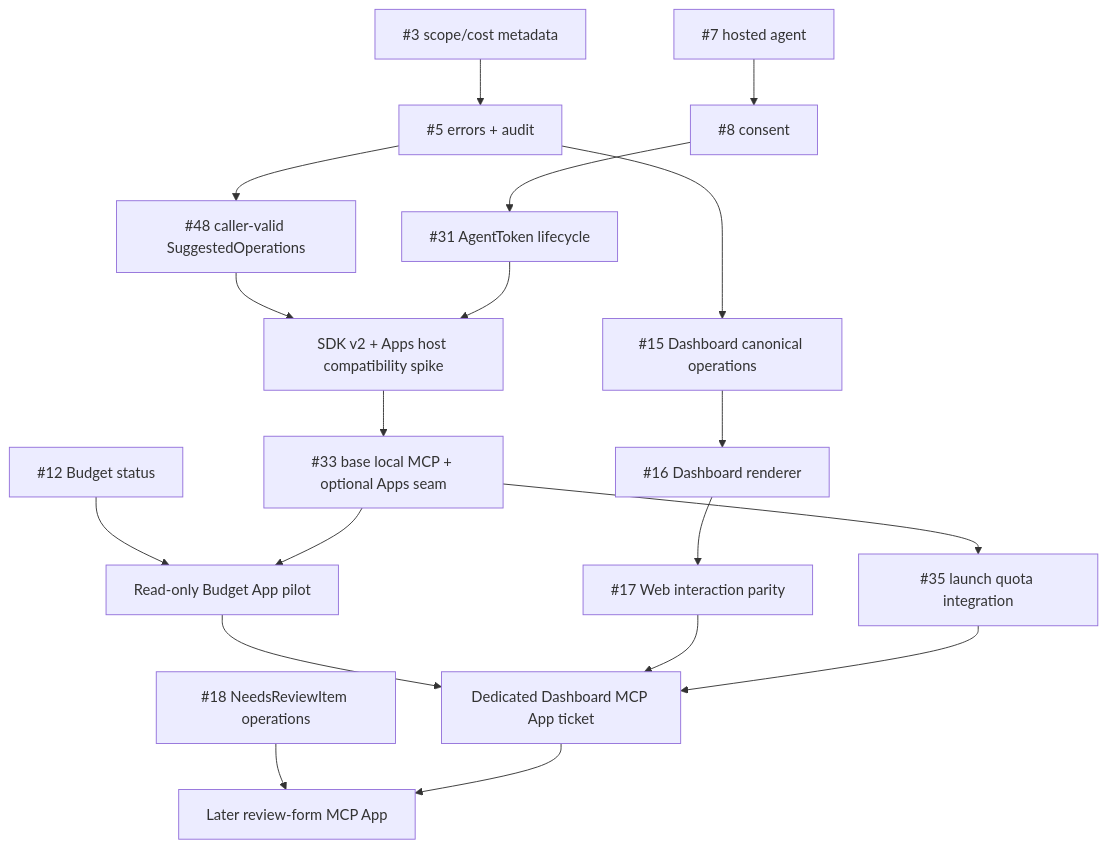
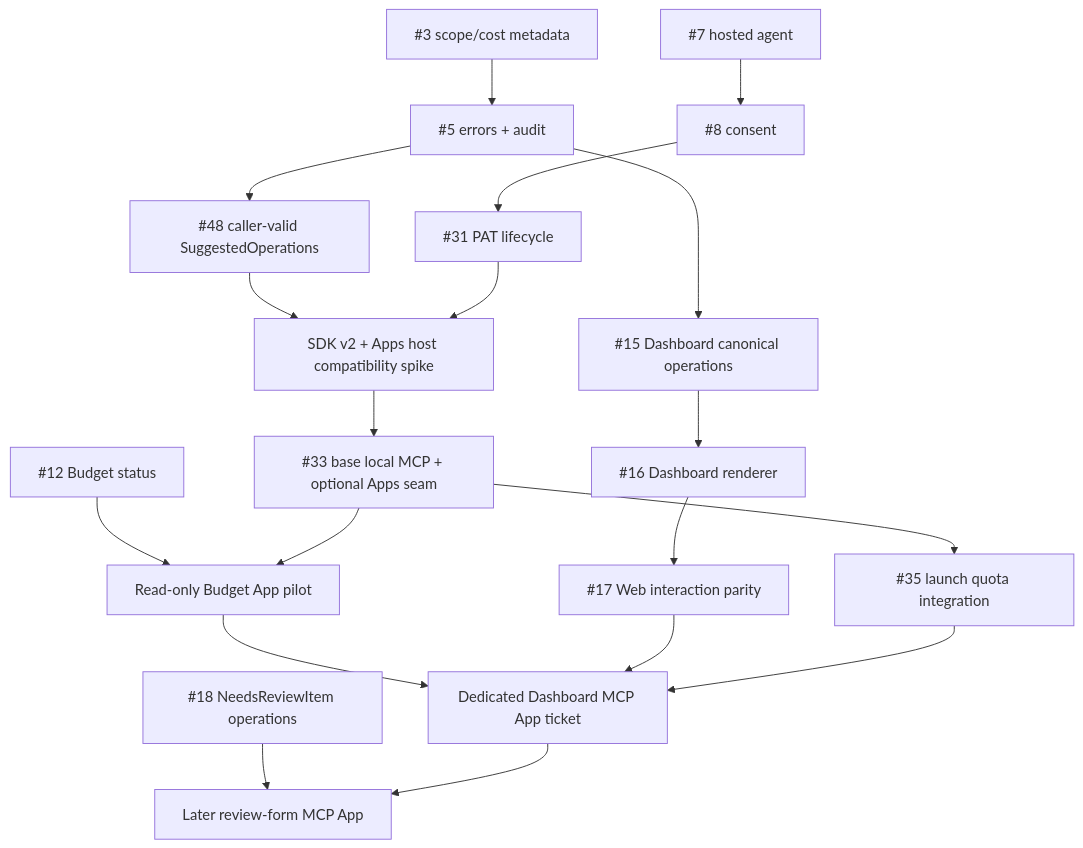
The second of 2 diagrams in docs/research/mcp-apps-for-fidy.md (B4rz99/fidy-ai), drawn with Mermaid before and after one commit. The commit also changed other lines of this file and 8 other files, not shown here.

First line of the commit message:
docs(tokens): seal PAT security architecture (#253)

````diff
--- a/docs/research/mcp-apps-for-fidy.md
+++ b/docs/research/mcp-apps-for-fidy.md
@@ -262,21 +262,21 @@
 ```mermaid
 flowchart TD
   A[#3 scope/cost metadata] --> B[#5 errors + audit]
   B --> C[#48 caller-valid SuggestedOperations]
   D[#7 hosted agent] --> E[#8 consent]
-  E --> F[#31 AgentToken lifecycle]
+  E --> F[#31 PAT lifecycle]
   C --> G[SDK v2 + Apps host compatibility spike]
   F --> G
   G --> H[#33 base local MCP + optional Apps seam]
   I[#12 Budget status] --> J[Read-only Budget App pilot]
   H --> J
   B --> K[#15 Dashboard canonical operations]
   K --> L[#16 Dashboard renderer]
   L --> M[#17 Web interaction parity]
   J --> N[Dedicated Dashboard MCP App ticket]
   M --> N
   H --> O[#35 launch quota integration]
   O --> N
   P[#18 NeedsReviewItem operations] --> Q[Later review-form MCP App]
   N --> Q
 ```
````
